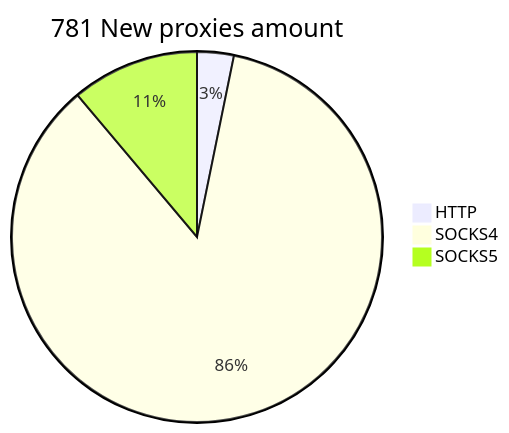
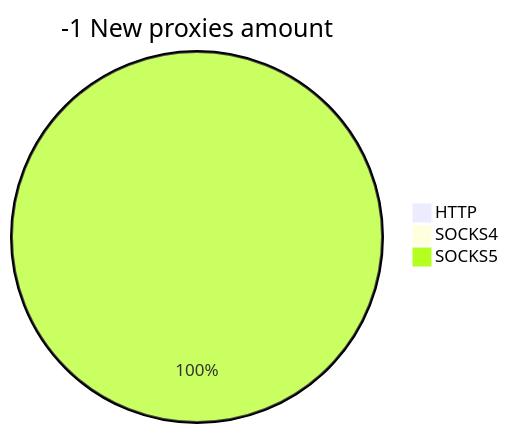
One commit to cutipu/proxylist changed the second of 2 diagrams in README.md. Above: the diagram before and after it, drawn with Mermaid. The commit also changed other lines of this file, not shown here.

````diff
--- a/README.md
+++ b/README.md
@@ -10,6 +10,6 @@
 ```mermaid
-pie title 781 New proxies amount
-    "HTTP" : 25
-    "SOCKS4" : 669
-    "SOCKS5" : 87
+pie title -1 New proxies amount
+    "HTTP" : 0
+    "SOCKS4" : 0
+    "SOCKS5" : 1
 ```
````
